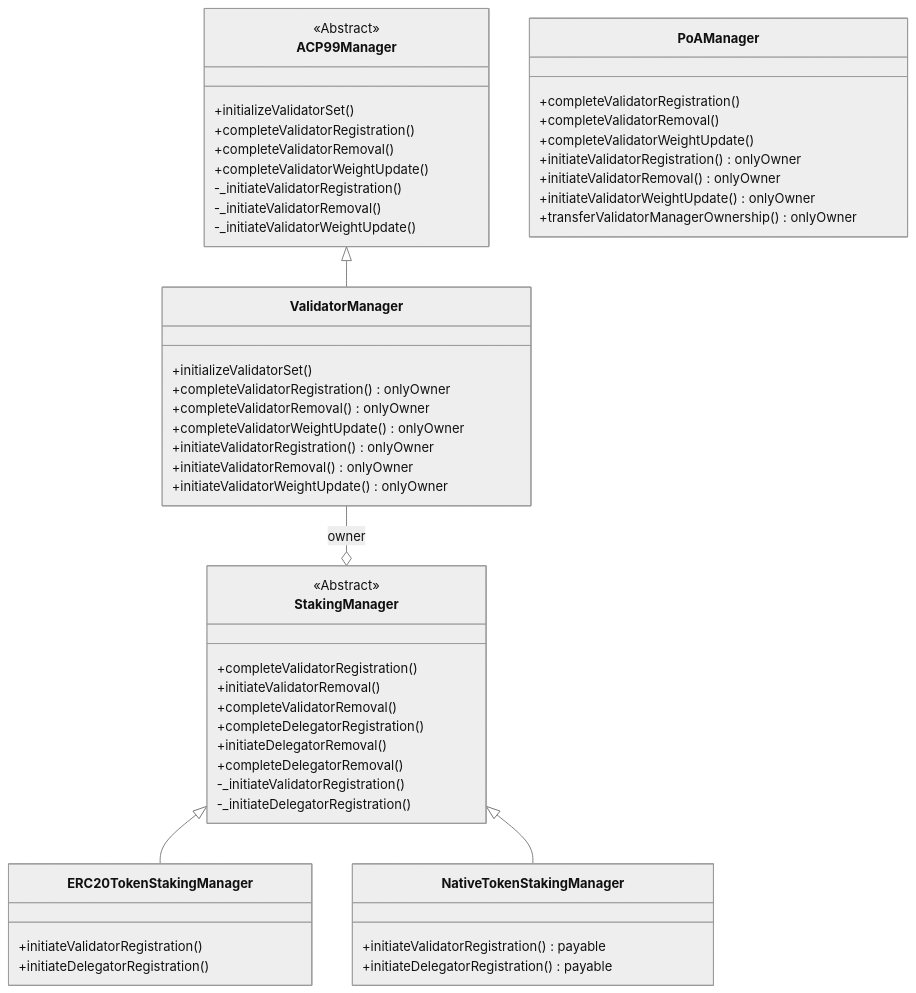
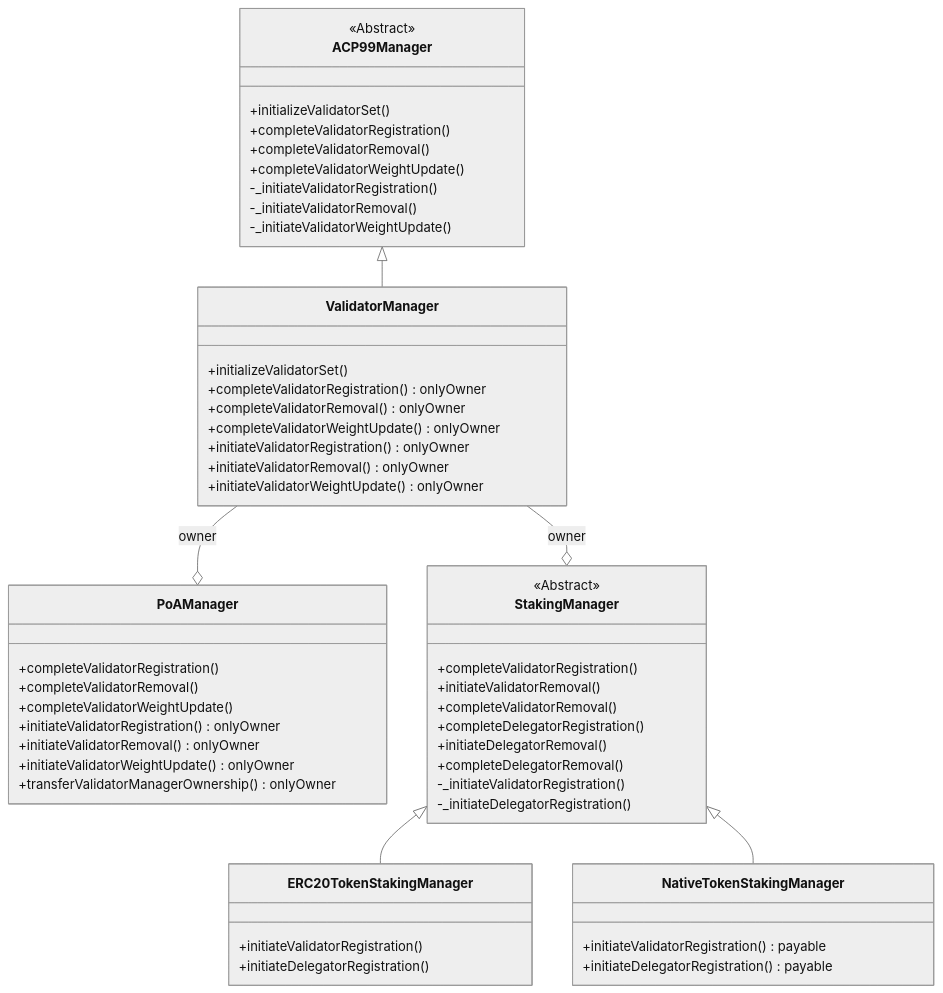
Before and after one commit to quantum-smith427t6/icm-contracts: the diagram in contracts/validator-manager/README.md, drawn with Mermaid (neutral theme). The commit also changed 7 other files, not shown here.

````diff
--- a/contracts/validator-manager/README.md
+++ b/contracts/validator-manager/README.md
@@ -5,63 +5,64 @@
 ```mermaid
 ---
   config:
     class:
       hideEmptyMembersBox: true
 ---
 classDiagram
 class ACP99Manager {
     +initializeValidatorSet()
     +completeValidatorRegistration()
     +completeValidatorRemoval()
     +completeValidatorWeightUpdate()
     -_initiateValidatorRegistration()
     -_initiateValidatorRemoval()
     -_initiateValidatorWeightUpdate()
 }
 <<Abstract>> ACP99Manager
 
 class ValidatorManager {
     +initializeValidatorSet()
     +completeValidatorRegistration() onlyOwner
     +completeValidatorRemoval() onlyOwner
     +completeValidatorWeightUpdate() onlyOwner
     +initiateValidatorRegistration() onlyOwner
     +initiateValidatorRemoval() onlyOwner
     +initiateValidatorWeightUpdate() onlyOwner
 }
 
 class PoAManager {
     +completeValidatorRegistration()
     +completeValidatorRemoval()
     +completeValidatorWeightUpdate()
     +initiateValidatorRegistration() onlyOwner
     +initiateValidatorRemoval() onlyOwner
     +initiateValidatorWeightUpdate() onlyOwner
     +transferValidatorManagerOwnership() onlyOwner
 }
 
 class StakingManager {
     +completeValidatorRegistration()
     +initiateValidatorRemoval()
     +completeValidatorRemoval()
     +completeDelegatorRegistration()
     +initiateDelegatorRemoval()
     +completeDelegatorRemoval()
     -_initiateValidatorRegistration()
     -_initiateDelegatorRegistration()
 }
 <<Abstract>> StakingManager
 class ERC20TokenStakingManager {
     +initiateValidatorRegistration()
     +initiateDelegatorRegistration()
 }
 class NativeTokenStakingManager {
     +initiateValidatorRegistration() payable
     +initiateDelegatorRegistration() payable
 }
 
 ACP99Manager <|-- ValidatorManager
-ValidatorManager --o  StakingManager : owner
+ValidatorManager --o PoAManager : owner
+ValidatorManager --o StakingManager : owner
 StakingManager <|-- ERC20TokenStakingManager
 StakingManager <|-- NativeTokenStakingManager
 ```
````
